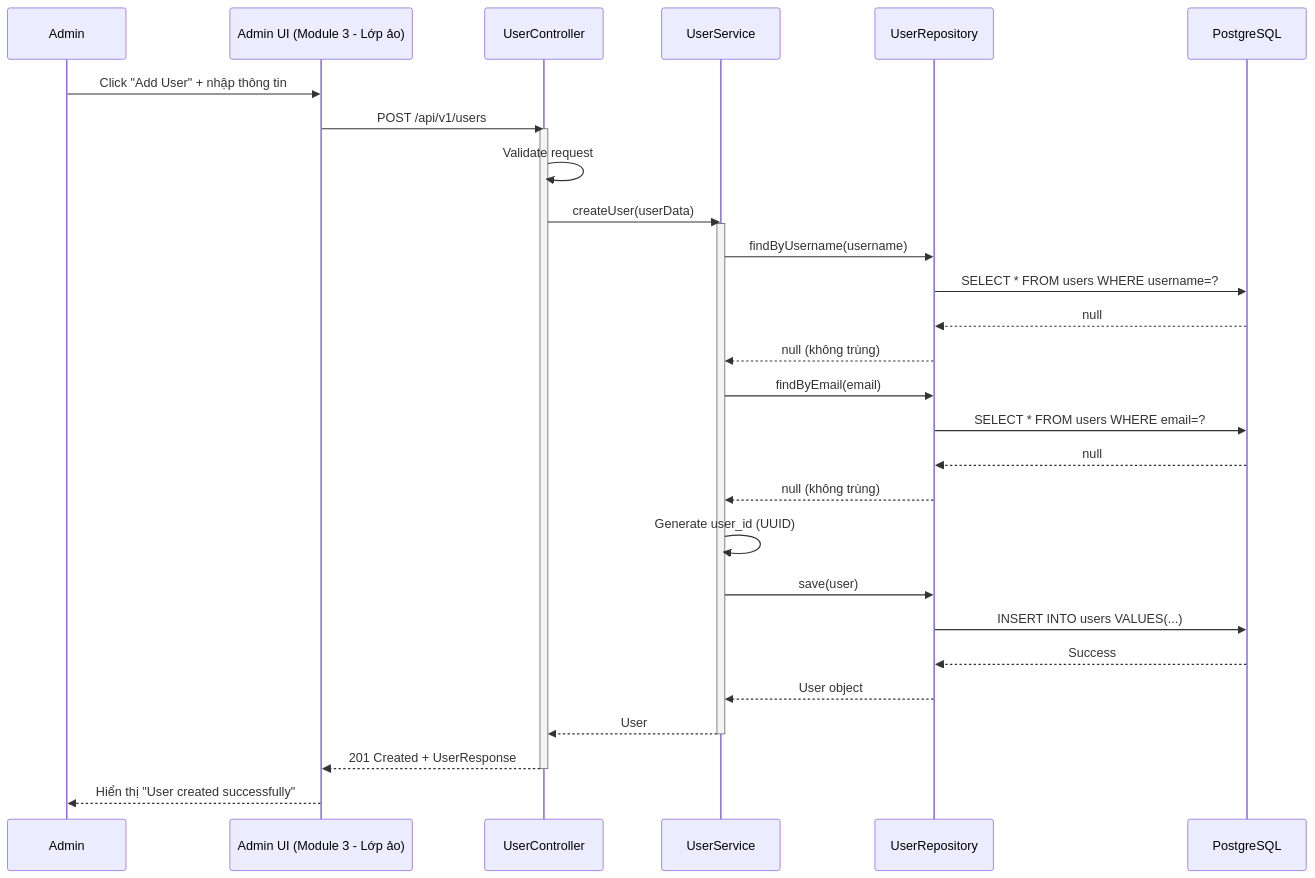
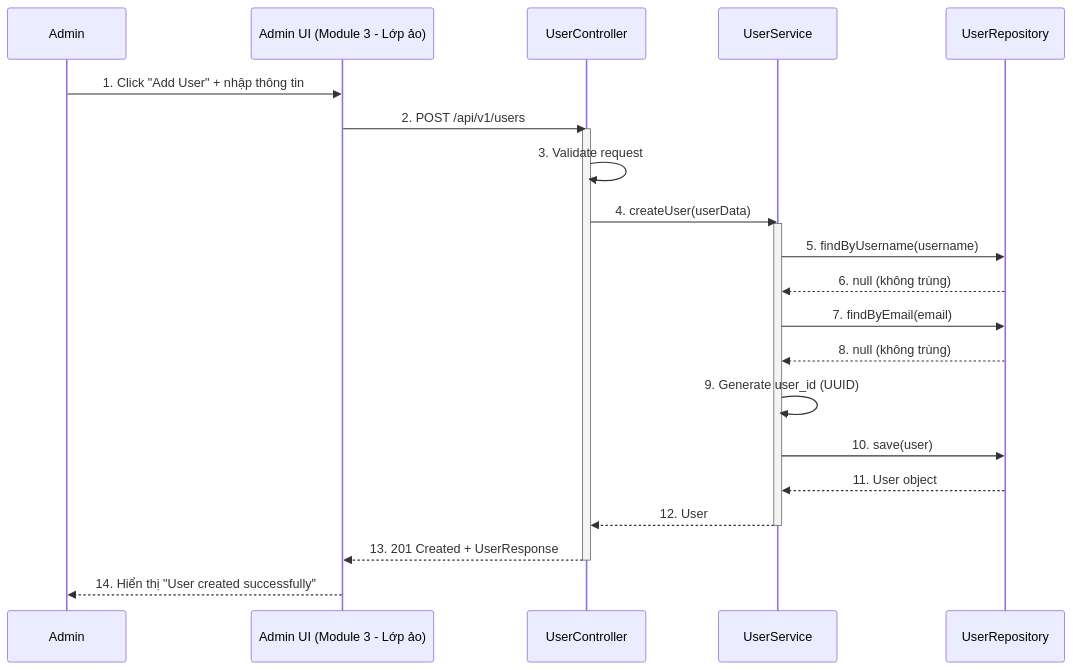
Before and after one commit to tvanle/Module2-HTTM: the seventh of 18 diagrams in README.md, drawn with Mermaid. The commit also changed other lines of this file, not shown here.

````diff
--- a/README.md
+++ b/README.md
@@ -446,41 +561,34 @@
 ```mermaid
 sequenceDiagram
     participant Admin as Admin
     participant AdminUI as Admin UI (Module 3 - Lớp ảo)
     participant Ctrl as UserController
     participant Svc as UserService
     participant Repo as UserRepository
-    participant DB as PostgreSQL
 
-    Admin->>AdminUI: Click "Add User" + nhập thông tin
-    AdminUI->>Ctrl: POST /api/v1/users
+    Admin->>AdminUI: 1. Click "Add User" + nhập thông tin
+    AdminUI->>Ctrl: 2. POST /api/v1/users
     activate Ctrl
 
-    Ctrl->>Ctrl: Validate request
-    Ctrl->>Svc: createUser(userData)
+    Ctrl->>Ctrl: 3. Validate request
+    Ctrl->>Svc: 4. createUser(userData)
     activate Svc
 
-    Svc->>Repo: findByUsername(username)
-    Repo->>DB: SELECT * FROM users WHERE username=?
-    DB-->>Repo: null
-    Repo-->>Svc: null (không trùng)
+    Svc->>Repo: 5. findByUsername(username)
+    Repo-->>Svc: 6. null (không trùng)
 
-    Svc->>Repo: findByEmail(email)
-    Repo->>DB: SELECT * FROM users WHERE email=?
-    DB-->>Repo: null
-    Repo-->>Svc: null (không trùng)
+    Svc->>Repo: 7. findByEmail(email)
+    Repo-->>Svc: 8. null (không trùng)
 
-    Svc->>Svc: Generate user_id (UUID)
-    Svc->>Repo: save(user)
-    Repo->>DB: INSERT INTO users VALUES(...)
-    DB-->>Repo: Success
-    Repo-->>Svc: User object
+    Svc->>Svc: 9. Generate user_id (UUID)
+    Svc->>Repo: 10. save(user)
+    Repo-->>Svc: 11. User object
 
-    Svc-->>Ctrl: User
+    Svc-->>Ctrl: 12. User
     deactivate Svc
 
-    Ctrl-->>AdminUI: 201 Created + UserResponse
+    Ctrl-->>AdminUI: 13. 201 Created + UserResponse
     deactivate Ctrl
 
-    AdminUI-->>Admin: Hiển thị "User created successfully"
+    AdminUI-->>Admin: 14. Hiển thị "User created successfully"
 ```
````
